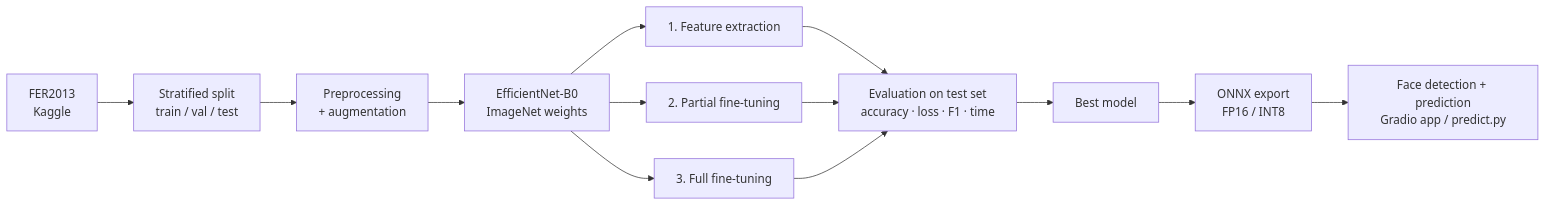
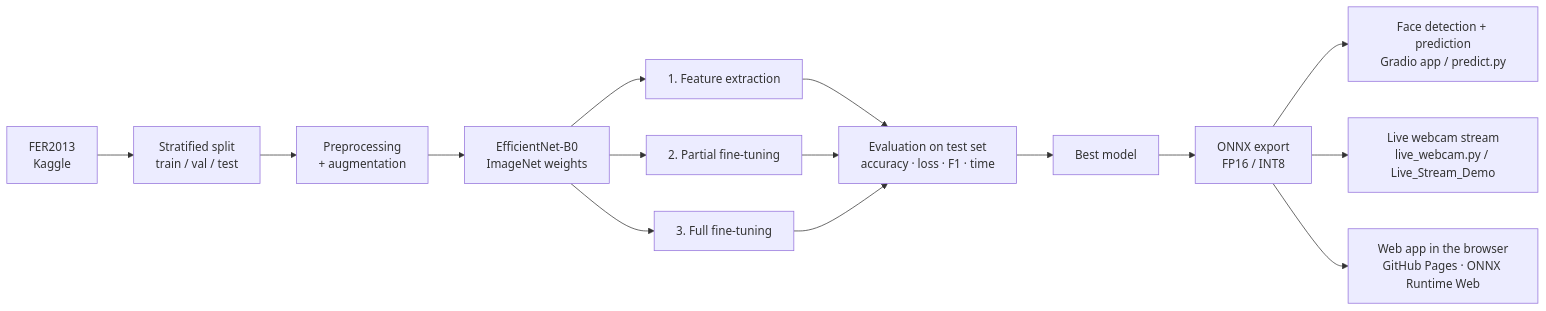
One commit to amanialanazi/FER2013-Emotion-Recognition changed the diagram in README.md. Above: the diagram before and after it, drawn with Mermaid. The commit also changed other lines of this file and 5 other files, not shown here.

Commit message:
Add web app and live stream

````diff
--- a/README.md
+++ b/README.md
@@ -75,13 +77,15 @@
 ```mermaid
 flowchart LR
     A[FER2013<br/>Kaggle] --> B[Stratified split<br/>train / val / test]
     B --> C[Preprocessing<br/>+ augmentation]
     C --> D[EfficientNet-B0<br/>ImageNet weights]
     D --> E1[1. Feature extraction]
     D --> E2[2. Partial fine-tuning]
     D --> E3[3. Full fine-tuning]
     E1 & E2 & E3 --> F[Evaluation on test set<br/>accuracy · loss · F1 · time]
     F --> G[Best model]
     G --> H[ONNX export<br/>FP16 / INT8]
     H --> I[Face detection + prediction<br/>Gradio app / predict.py]
+    H --> J[Live webcam stream<br/>live_webcam.py / Live_Stream_Demo]
+    H --> K[Web app in the browser<br/>GitHub Pages · ONNX Runtime Web]
 ```
````
